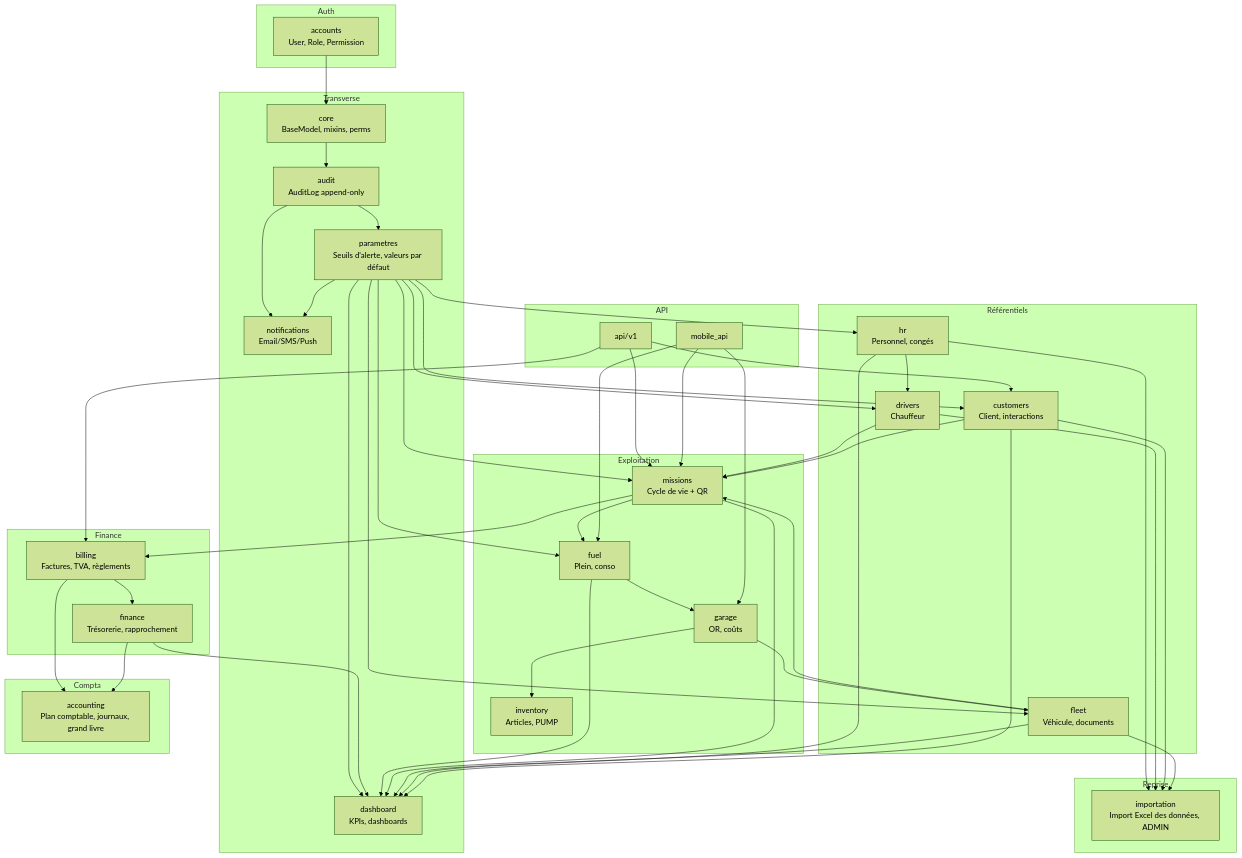
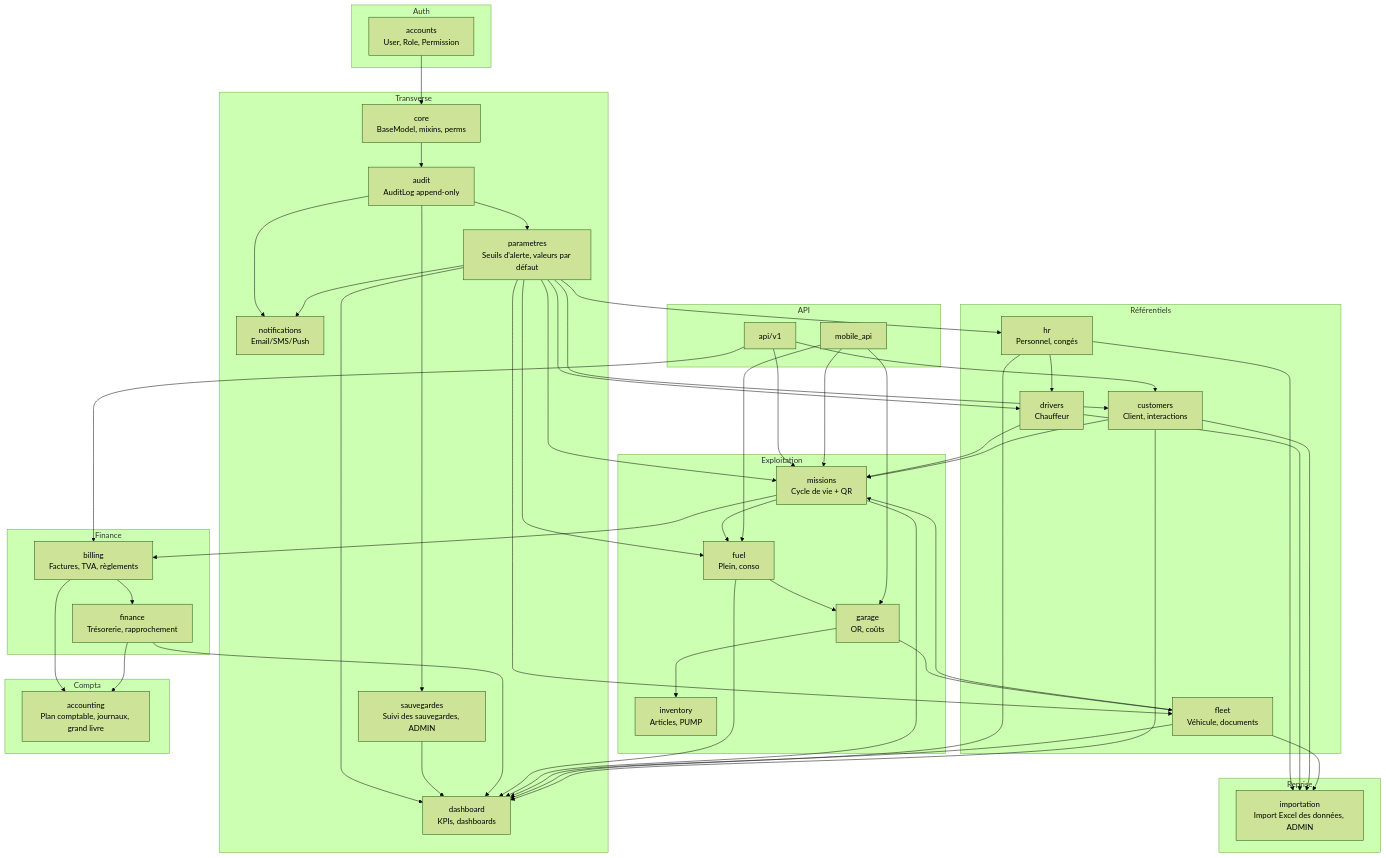
Before and after one commit to AFAQSUCA/erp-densource: the third of 10 diagrams in architecture.md, drawn with Mermaid (forest theme). The commit also changed 2 other files, not shown here.

Commit message:
docs(sauvegardes): consigne la décision et met à jour le guide de déploiement
Avenant : service dédié, écran de suivi avec alerte et bouton, ADMIN
seulement (décision du 12/10/2026). Guide § 9 réécrit (service,
variables, restauration mensuelle de la base et des fichiers depuis le
service) ; vérification réelle consignée ; graphe d'architecture
complété.

Audit M1-14.

```diff
--- a/architecture.md
+++ b/architecture.md
@@ -106,6 +106,7 @@
         NOTIF[notifications<br/>Email/SMS/Push]
         DASH[dashboard<br/>KPIs, dashboards]
         PARAM[parametres<br/>Seuils d'alerte, valeurs par défaut]
+        SAUV[sauvegardes<br/>Suivi des sauvegardes, ADMIN]
     end
 
     subgraph Référentiels
@@ -152,6 +153,8 @@
     PARAM --> FUEL
     PARAM --> NOTIF
     PARAM --> DASH
+    AUDIT --> SAUV
+    SAUV --> DASH
     HR --> DRV
     DRV --> MISSION
     CUST --> MISSION
```
